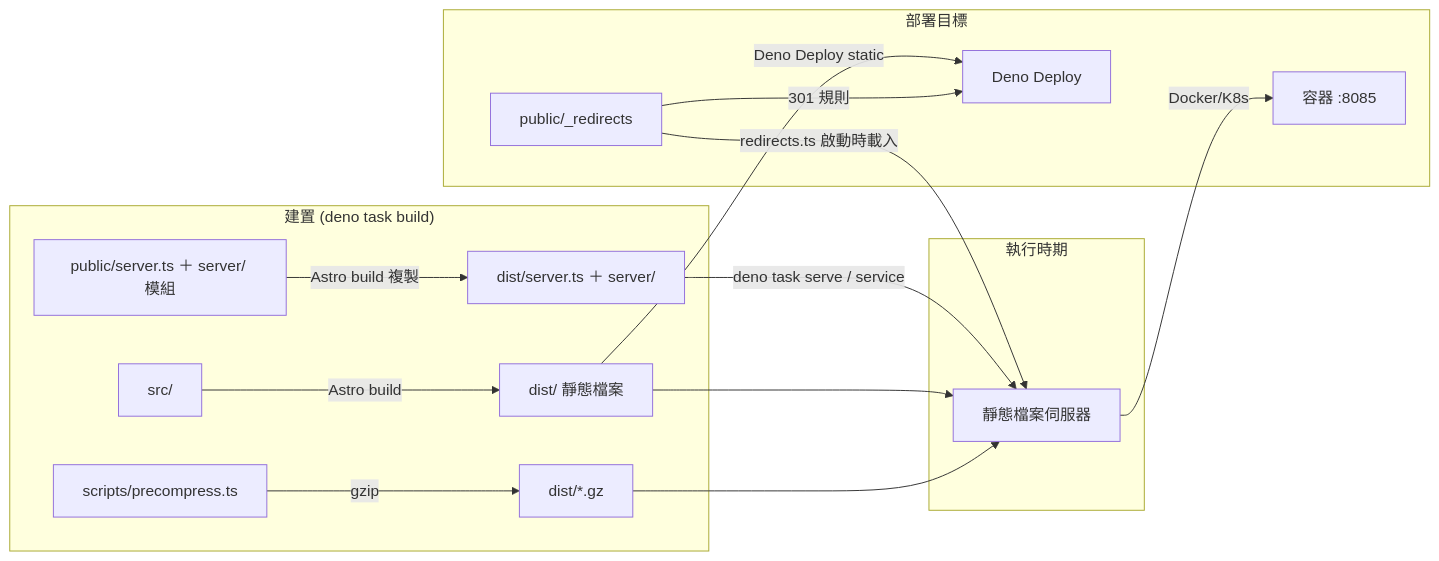
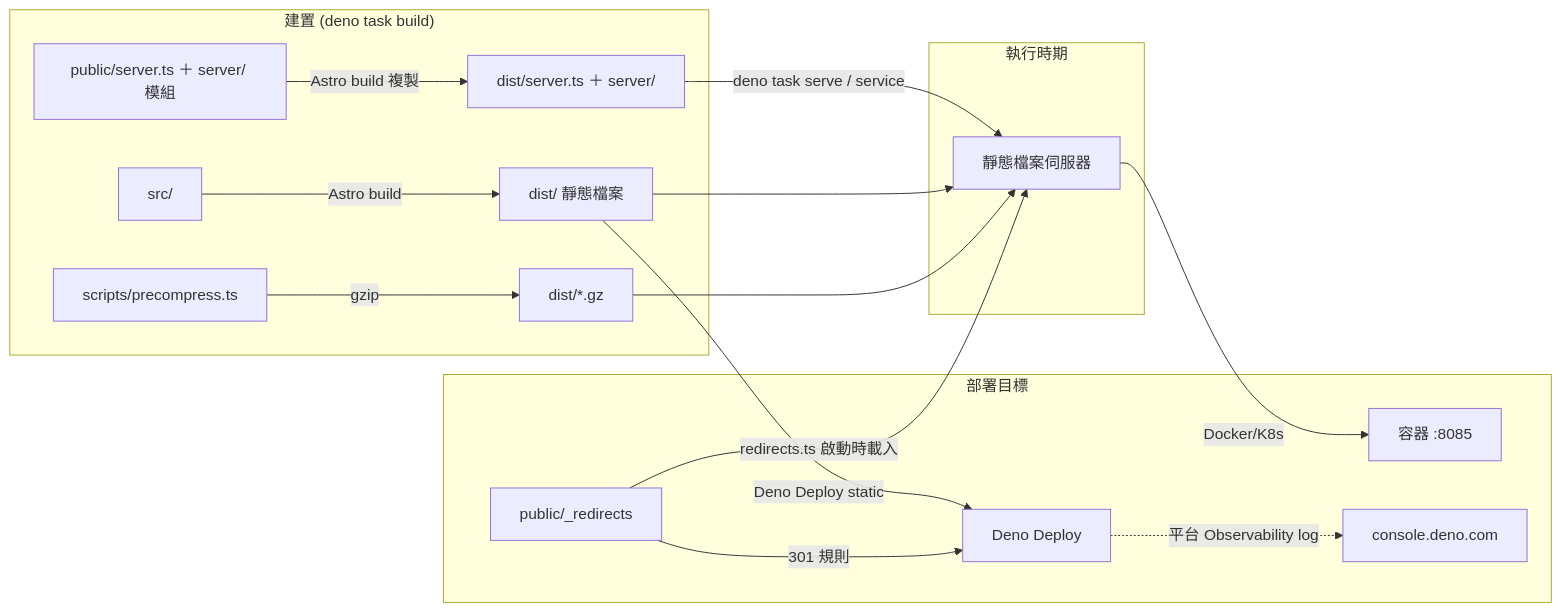
One commit to neko0xff/blog_astroV2 changed the diagram in docs/blog_arch.md. Above: the diagram before and after it, drawn with Mermaid. The commit also changed 1 other file, not shown here.

Commit message:
docs(ops): 記錄 Deno Deploy 採 static 模式的 log 位置
Deploy 未跑 server.ts，access log/healthz 不適用；改到
console.deno.com app → Observability 看平台內建 request log。

````diff
--- a/docs/blog_arch.md
+++ b/docs/blog_arch.md
@@ -17,21 +17,22 @@
 ```mermaid
 flowchart LR
     subgraph Build["建置 (deno task build)"]
         A[public/server.ts ＋ server/ 模組] -->|Astro build 複製| D[dist/server.ts ＋ server/]
         S[src/] -->|Astro build| D2[dist/ 靜態檔案]
         P[scripts/precompress.ts] -->|gzip| D3[dist/*.gz]
     end
 
     subgraph Runtime["執行時期"]
         D -->|deno task serve / service| S1[靜態檔案伺服器]
         D2 --> S1
         D3 --> S1
     end
 
     subgraph Deploy["部署目標"]
         S1 -->|Docker/K8s| C1[容器 :8085]
         D2 -->|Deno Deploy static| C2[Deno Deploy]
         R[public/_redirects] -->|301 規則| C2
         R -->|redirects.ts 啟動時載入| S1
+        C2 -.->|平台 Observability log| L[console.deno.com]
     end
 ```
````
